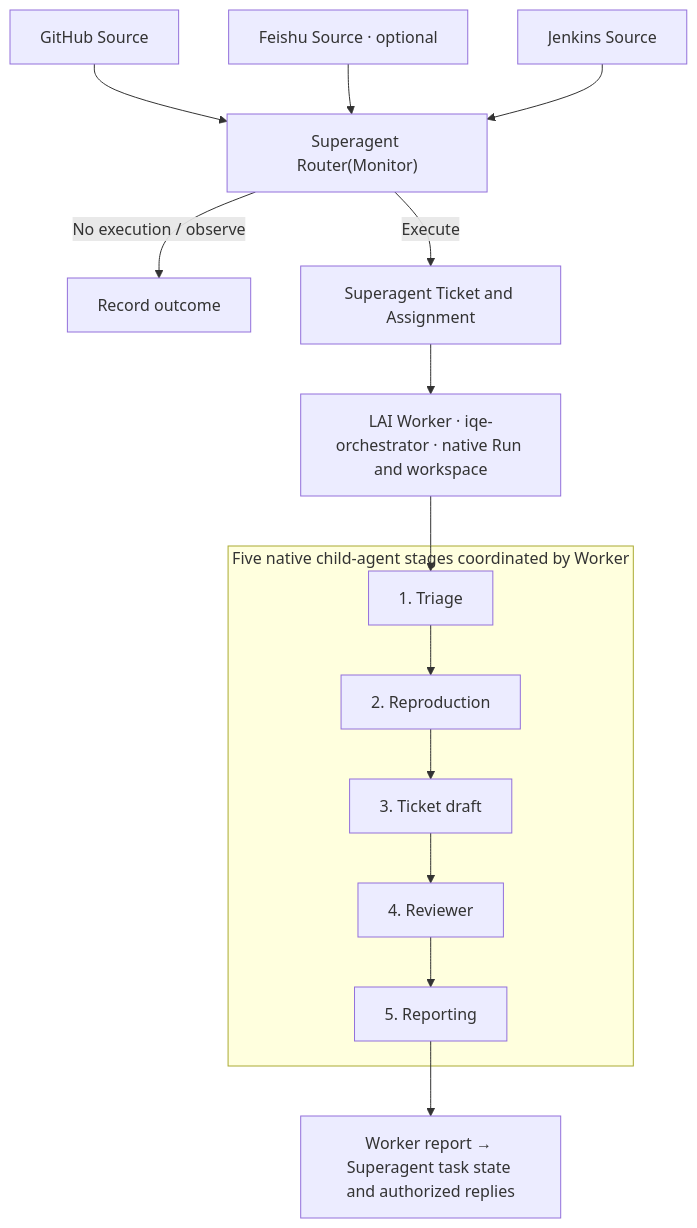
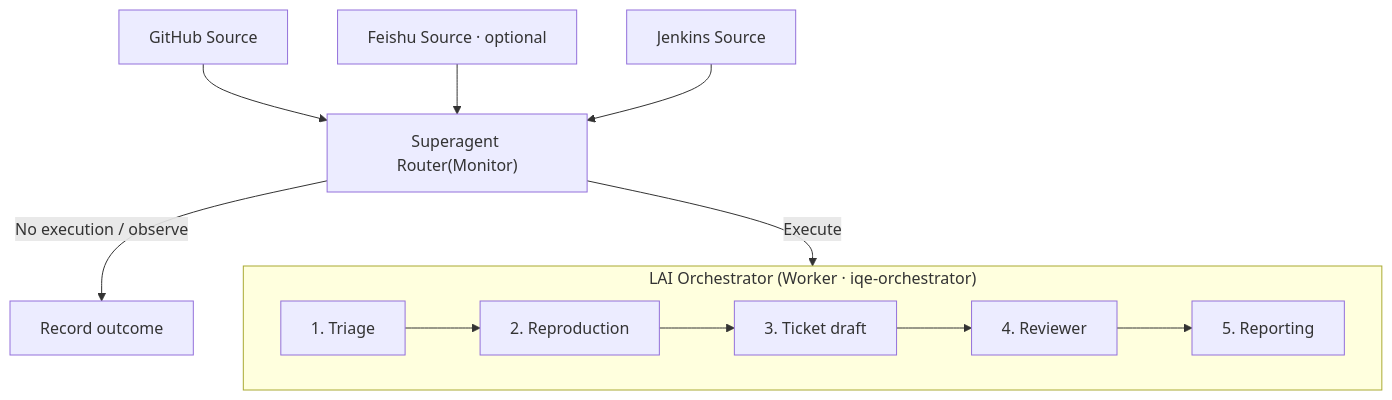
The diagram in README.md (devsuperjin/LAI-Trial), drawn with Mermaid before and after one commit. The commit also changed other lines of this file and 3 other files, not shown here.

````diff
--- a/README.md
+++ b/README.md
@@ -20,20 +20,17 @@
 ```mermaid
 flowchart TD
     GH["GitHub Source"]
     FS["Feishu Source · optional"]
     JK["Jenkins Source"]
     GH --> Router["Superagent Router(Monitor)"]
     FS --> Router
     JK --> Router
     Router -->|No execution / observe| Record["Record outcome"]
-    Router -->|Execute| Task["Superagent Ticket and Assignment"]
-    Task --> Worker["LAI Worker · iqe-orchestrator · native Run and workspace"]
-    subgraph Pipeline["Five native child-agent stages coordinated by Worker"]
+    Router -->|Execute| Orchestrator
+    subgraph Orchestrator["LAI Orchestrator (Worker · iqe-orchestrator)"]
         Triage["1. Triage"] --> Reproduce["2. Reproduction"]
         Reproduce --> Ticket["3. Ticket draft"]
         Ticket --> Review["4. Reviewer"]
         Review --> Reporter["5. Reporting"]
     end
-    Worker --> Triage
-    Reporter --> Result["Worker report → Superagent task state and authorized replies"]
 ```
````
